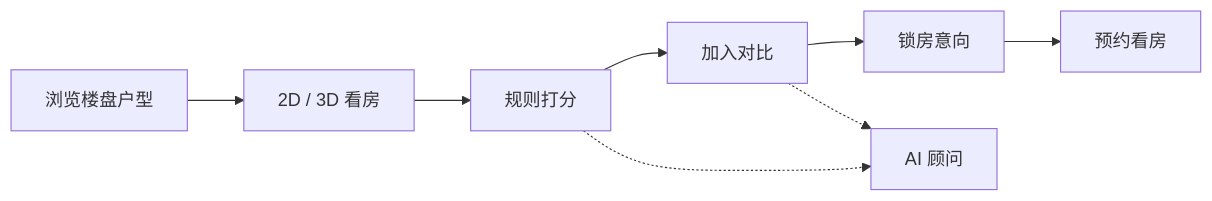
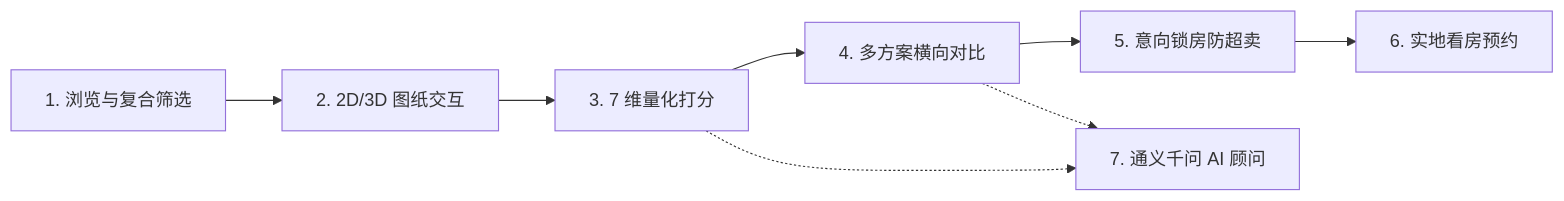
One commit to htt-FAK/haofangzi changed the first of 2 diagrams in README.md. Above: the diagram before and after it, drawn with Mermaid. The commit also changed other lines of this file and 23 other files, not shown here.

First line of the commit message:
feat(ui): 全面重塑前端建筑蓝图视觉体系与免密体验，补全仿真回归与优化README

````diff
--- a/README.md
+++ b/README.md
@@ -46,10 +53,10 @@
 ```mermaid
 flowchart LR
-  A[浏览楼盘户型] --> B[2D / 3D 看房]
-  B --> C[规则打分]
-  C --> D[加入对比]
-  D --> E[锁房意向]
-  E --> F[预约看房]
-  C -.-> G[AI 顾问]
+  A[1. 浏览与复合筛选] --> B[2. 2D/3D 图纸交互]
+  B --> C[3. 7 维量化打分]
+  C --> D[4. 多方案横向对比]
+  D --> E[5. 意向锁房防超卖]
+  E --> F[6. 实地看房预约]
+  C -.-> G[7. 通义千问 AI 顾问]
   D -.-> G
 ```
````
